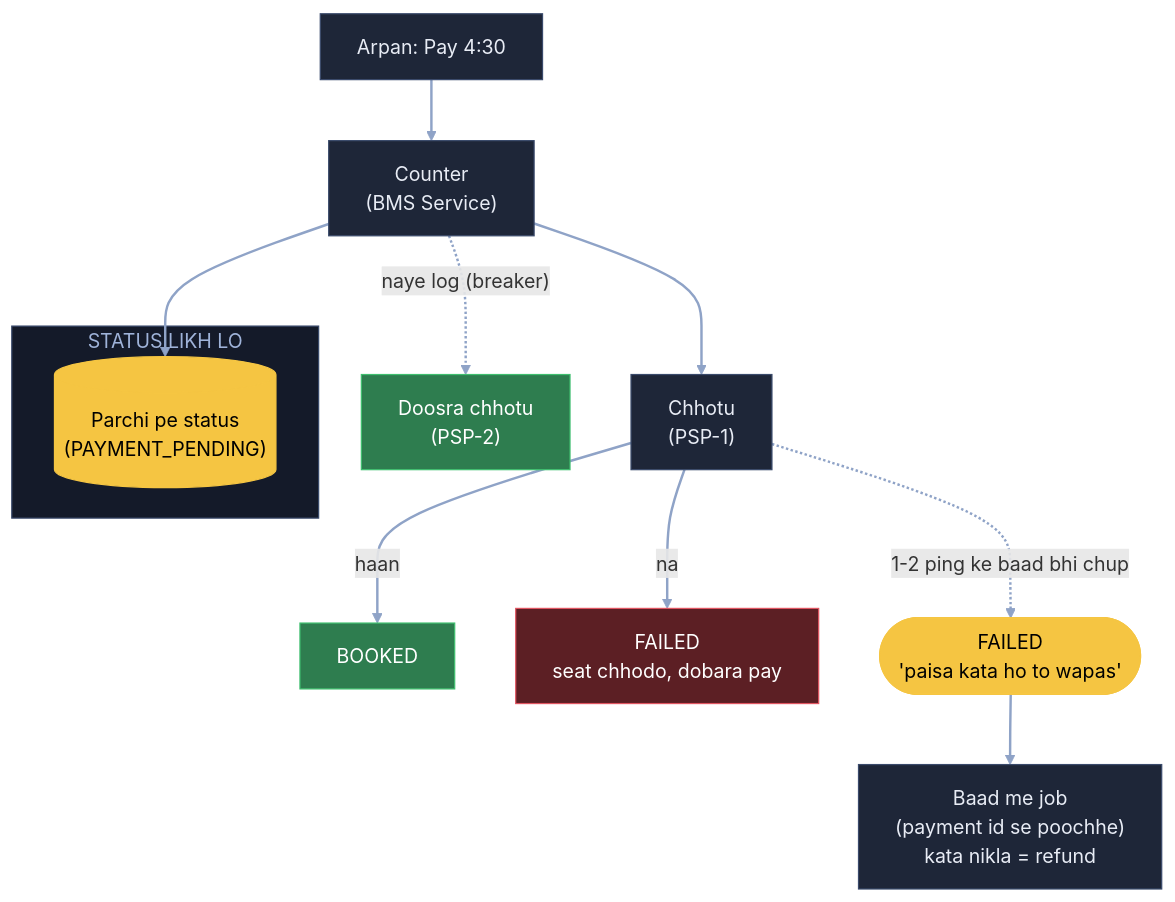
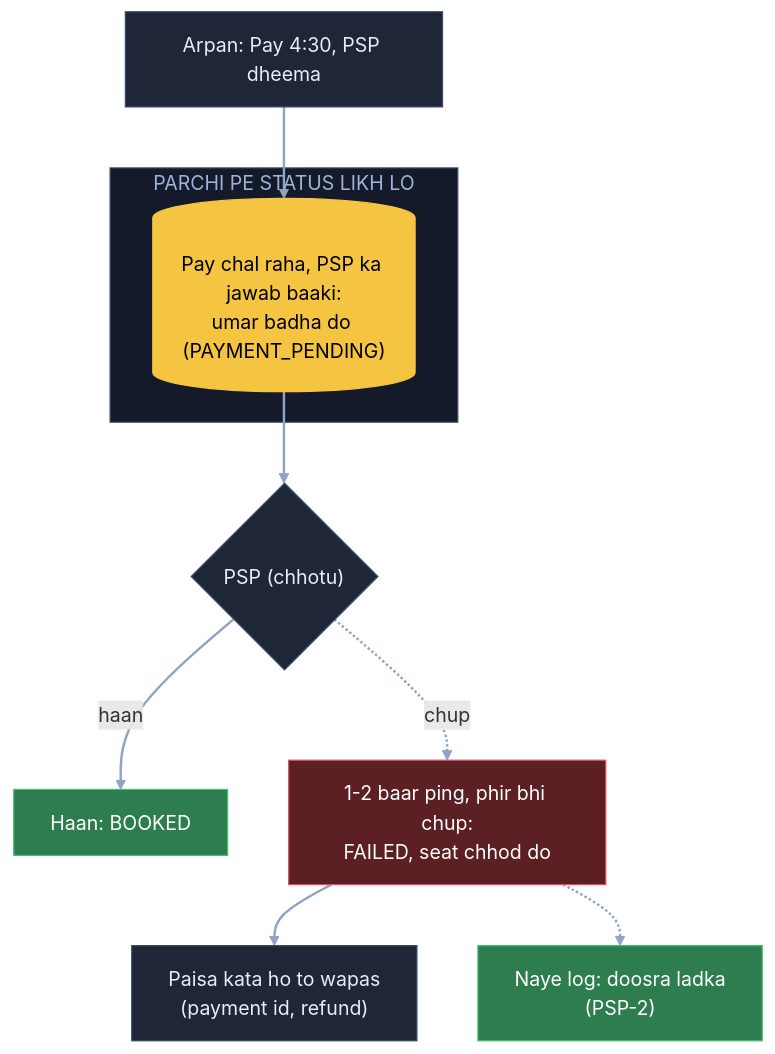
One commit to ArpanMaheshwari144/Prep changed the sixth of 6 diagrams in 04_HLD/SYSTEM_DESIGNS/09_bookmyshow/09_bookmyshow.md. Above: the diagram before and after it, drawn with Mermaid. The commit also changed other lines of this file, not shown here.

Commit message:
BMS: 6 diagram hand notes ke shabdon se (do counter, ghadi 2 = seat, 'na' raasta hataya); K5 apni jodi lines hatai

````diff
--- a/04_HLD/SYSTEM_DESIGNS/09_bookmyshow/09_bookmyshow.md
+++ b/04_HLD/SYSTEM_DESIGNS/09_bookmyshow/09_bookmyshow.md
@@ -212,28 +214,24 @@
 ```mermaid
 flowchart TB
-    A["Arpan: Pay 4:30"]:::card
-    S["Counter<br/>(BMS Service)"]:::card
-    subgraph SL["STATUS LIKH LO"]
-        D[("Parchi pe status<br/>(PAYMENT_PENDING)")]:::pill
+    A["Arpan: Pay 4:30, PSP dheema"]:::card
+    subgraph SL["PARCHI PE STATUS LIKH LO"]
+        D[("Pay chal raha, PSP ka jawab baaki:<br/>umar badha do (PAYMENT_PENDING)")]:::pill
     end
-    P1["Chhotu<br/>(PSP-1)"]:::card
-    B["BOOKED"]:::good
-    F["FAILED<br/>seat chhodo, dobara pay"]:::bad
-    F2(["FAILED<br/>'paisa kata ho to wapas'"]):::pill
-    R["Baad me job<br/>(payment id se poochhe)<br/>kata nikla = refund"]:::card
-    P2["Doosra chhotu<br/>(PSP-2)"]:::good
-    A --> S
-    S --> D
-    S --> P1
-    P1 -- "haan" --> B
-    P1 -- "na" --> F
-    P1 -. "1-2 ping ke baad bhi chup" .-> F2
-    F2 --> R
-    S -. "naye log (breaker)" .-> P2
+    P{"PSP (chhotu)"}:::card
+    B["Haan: BOOKED"]:::good
+    F["1-2 baar ping, phir bhi chup:<br/>FAILED, seat chhod do"]:::bad
+    R["Paisa kata ho to wapas<br/>(payment id, refund)"]:::card
+    N["Naye log: doosra ladka<br/>(PSP-2)"]:::good
+    A --> D
+    D --> P
+    P -- "haan" --> B
+    P -. "chup" .-> F
+    F --> R
+    F -.-> N
     linkStyle default stroke:#8fa3c7,stroke-width:2px
     classDef card fill:#1e2638,stroke:#3a4a6b,color:#e8ecf5
     classDef pill fill:#f5c542,stroke:#f5c542,color:#000
     classDef good fill:#2e7d4f,stroke:#3fbf6f,color:#fff
     classDef bad fill:#5c1f24,stroke:#e05561,color:#fff
     style SL fill:#141a29,stroke:#3a4a6b,color:#9fb3d9
 ```
````
